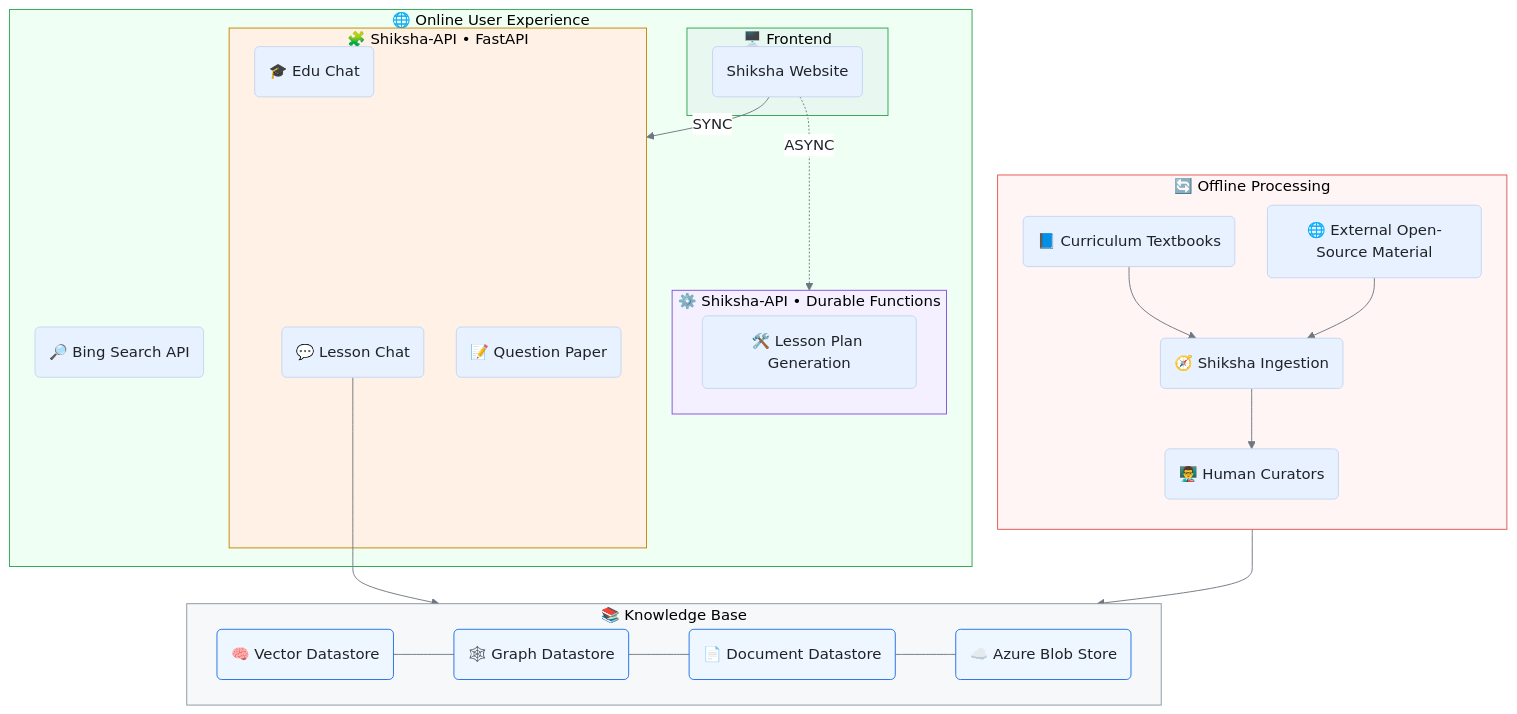
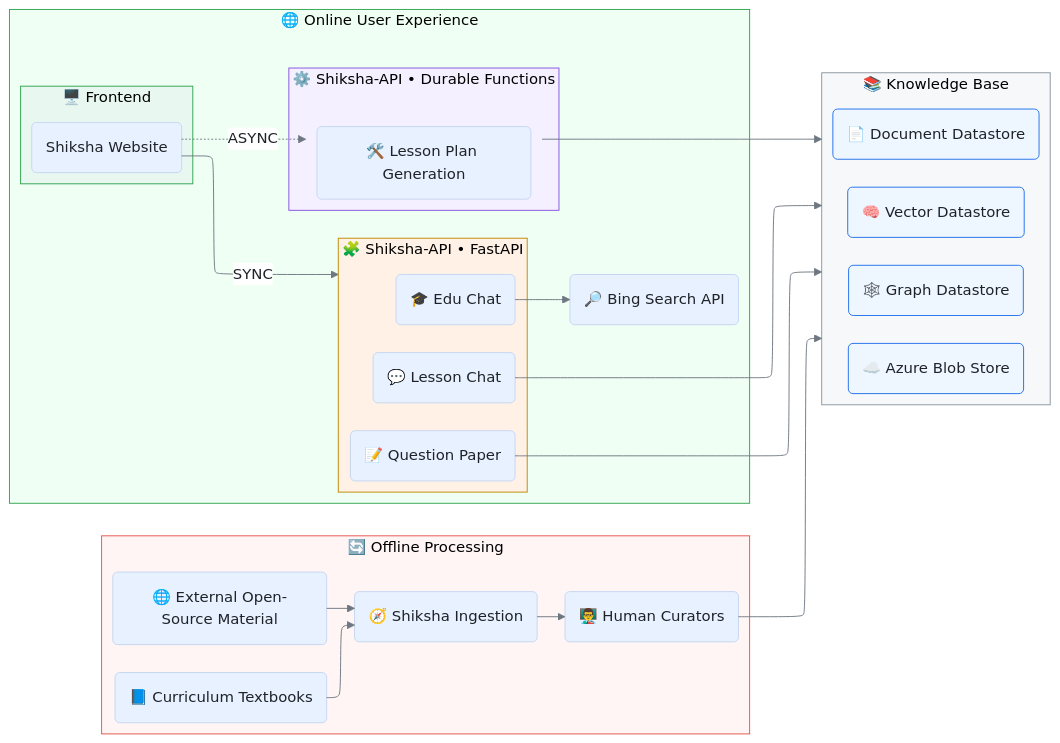
One commit to microsoft/Shiksha-Copilot changed the diagram in README.md. Above: the diagram before and after it, drawn with Mermaid.

````diff
--- a/README.md
+++ b/README.md
@@ -20,81 +20,76 @@
 ```mermaid
-%%{init: {
-  "theme": "base",
-  "themeVariables": {
-    "background": "transparent",
-    "primaryTextColor": "#1f2328",
-    "primaryColor": "#e8f1ff",
-    "secondaryColor": "#fff1e5",
-    "lineColor": "#6e7781",
-    "clusterBkg": "#f6f8fa",
-    "clusterBorder": "#d0d7de",
-    "edgeLabelBackground": "#ffffff"
-  },
-  "flowchart": { "curve": "basis", "diagramPadding": 8, "nodeSpacing": 35, "rankSpacing": 40 }
-}}%%
-flowchart TB
-  %% Offline
-  subgraph OFFLINE["🔄 Offline Processing"]
+---
+config:
+  theme: base
+  themeVariables:
+    background: transparent
+    primaryTextColor: '#1f2328'
+    primaryColor: '#e8f1ff'
+    secondaryColor: '#fff1e5'
+    lineColor: '#6e7781'
+    clusterBkg: '#f6f8fa'
+    clusterBorder: '#d0d7de'
+    edgeLabelBackground: '#ffffff'
+  flowchart:
+    curve: basis
+    diagramPadding: 8
+    nodeSpacing: 35
+    rankSpacing: 40
+  layout: elk
+---
+flowchart LR
+ subgraph OFFLINE["🔄 Offline Processing"]
     direction TB
-    A("📘 Curriculum Textbooks")
-    A2("🌐 External Open-Source Material")
-    B("🧭 Shiksha Ingestion")
-    B2("👨‍🏫 Human Curators")
+        A("📘 Curriculum Textbooks")
+        A2("🌐 External Open-Source Material")
+        B("🧭 Shiksha Ingestion")
+        B2("👨‍🏫 Human Curators")
+  end
+ subgraph F["📚 Knowledge Base"]
+    direction LR
+        C("🧠 Vector Datastore")
+        D("🕸️ Graph Datastore")
+        E("📄 Document Datastore")
+        F1("☁️ Azure Blob Store")
+  end
+ subgraph s1["🖥️ Frontend"]
+        G("Shiksha Website")
+  end
+ subgraph H["🧩 Shiksha-API • FastAPI"]
+        I("💬 Lesson Chat")
+        J("📝 Question Paper")
+        K("🎓 Edu Chat")
+  end
+ subgraph M["⚙️ Shiksha-API • Durable Functions"]
+        N("🛠️ Lesson Plan Generation")
+  end
+ subgraph ONLINE["🌐 Online User Experience"]
+        s1
+        H
+        M
+        L("🔎 Bing Search API")
+  end
     A --> B
     A2 --> B
     B --> B2
-  end
+    B2 --> F
+    G -- SYNC --> H
+    G -. ASYNC .-> M
+    I --> F
+    J --> F
+    K --> L
+    M --> F
+     C:::store
+     D:::store
+     E:::store
+     F1:::store
+    classDef store fill:#eef6ff,stroke:#1f6feb,stroke-width:1px,color:#1f2328
+    classDef ghost fill:transparent,stroke:transparent,color:transparent
+    style s1 fill:#e8f8f0,stroke:#2da44e,stroke-width:1px
+    style H fill:#fff1e5,stroke:#bf8700,stroke-width:1px
+    style M fill:#f5f0ff,stroke:#8250df,stroke-width:1px
+    style F fill:#f6f8fa,stroke:#8b949e,stroke-width:1px
+    style OFFLINE fill:#fff5f5,stroke:#e5534b,stroke-width:1px
+    style ONLINE fill:#f0fff4,stroke:#2da44e,stroke-width:1px
 
-  %% Knowledge Base (horizontal, edges hidden)
-  subgraph F["📚 Knowledge Base"]
-    direction LR
-    C("🧠 Vector Datastore"):::store
-    D("🕸️ Graph Datastore"):::store
-    E("📄 Document Datastore"):::store
-    F1("☁️ Azure Blob Store"):::store
-  end
-
-  %% Online
-  subgraph ONLINE["🌐 Online User Experience"]
-    subgraph s1["🖥️ Frontend"]
-      G("Shiksha Website")
-    end
-    subgraph H["🧩 Shiksha-API • FastAPI"]
-      I("💬 Lesson Chat")
-      J("📝 Question Paper")
-      K("🎓 Edu Chat")
-    end
-    subgraph M["⚙️ Shiksha-API • Durable Functions"]
-      N("🛠️ Lesson Plan Generation")
-    end
-    L("🔎 Bing Search API")
-  end
-
-  %% Connections
-  B2 --> F
-  G -->|SYNC| H
-  G -. ASYNC .-> M
-  I --> F
-  J --> F
-  K --> L
-  M --> F
-
-  %% Spacer edges to keep KB horizontal (place LAST)
-  C --- D
-  D --- E
-  E --- F1
-
-  %% Hide the 3 spacer edges (indices 7, 8, 9 in this diagram)
-  linkStyle 7 stroke-width:0px,stroke:transparent,opacity:0;
-  linkStyle 8 stroke-width:0px,stroke:transparent,opacity:0;
-  linkStyle 9 stroke-width:0px,stroke:transparent,opacity:0;
-
-  %% Styles
-  classDef store fill:#eef6ff,stroke:#1f6feb,stroke-width:1px,color:#1f2328;
-  style s1 fill:#e8f8f0,stroke:#2da44e,stroke-width:1px
-  style H  fill:#fff1e5,stroke:#bf8700,stroke-width:1px
-  style M  fill:#f5f0ff,stroke:#8250df,stroke-width:1px
-  style F  fill:#f6f8fa,stroke:#8b949e,stroke-width:1px
-  style OFFLINE fill:#fff5f5,stroke:#e5534b,stroke-width:1px
-  style ONLINE  fill:#f0fff4,stroke:#2da44e,stroke-width:1px
 ```
````
